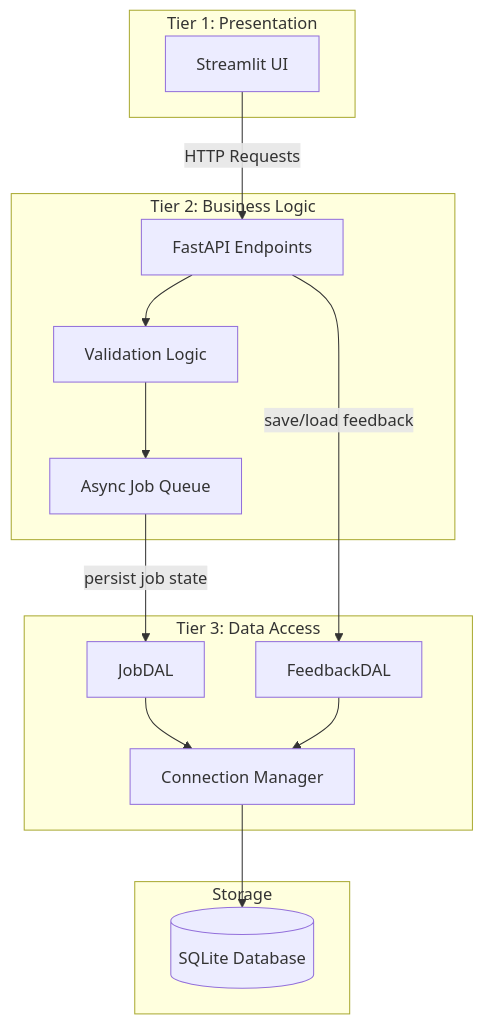
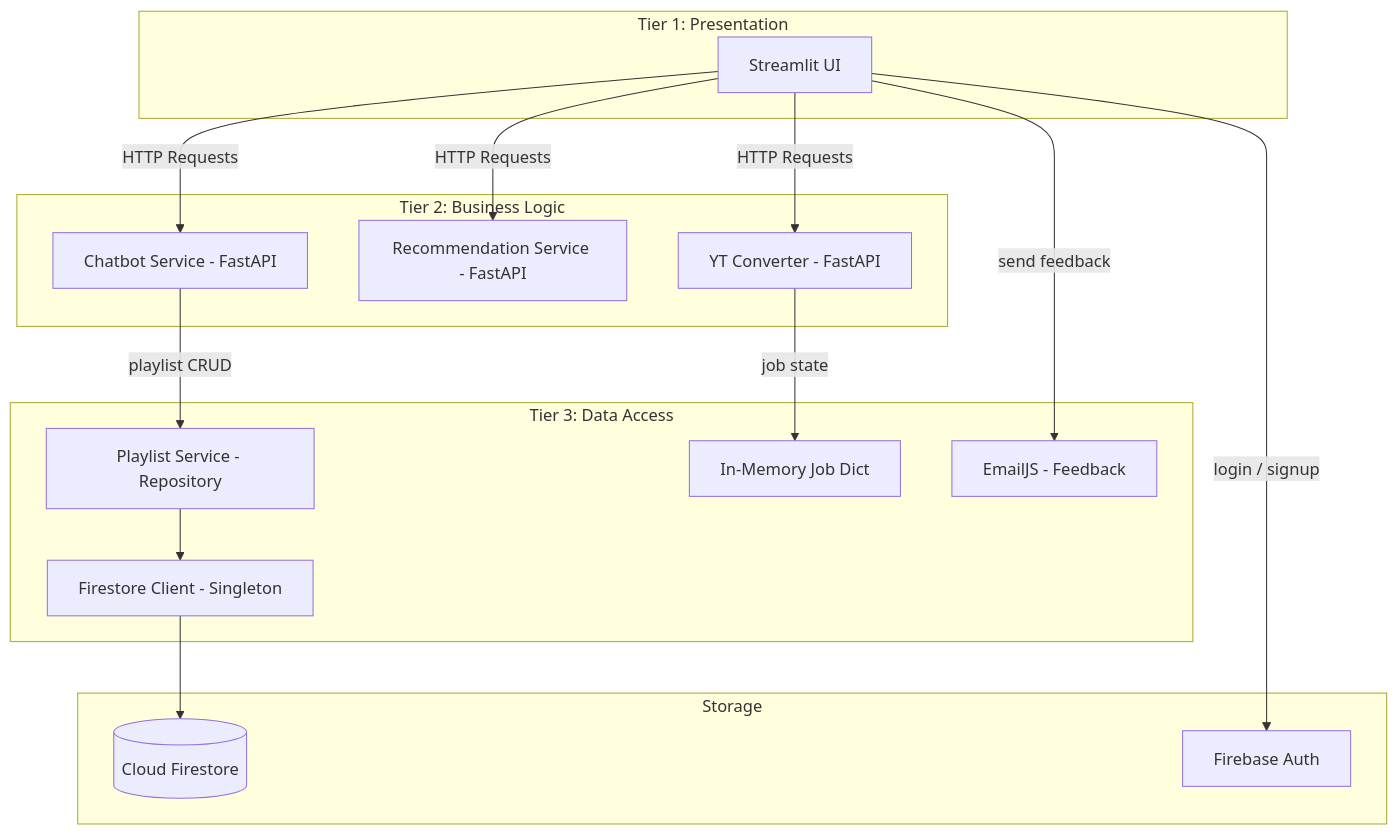
Before and after one commit to ShouryaAswal/SunLeo: the diagram in docs/dal/dal_theory.md, drawn with Mermaid. The commit also changed other lines of this file and 6 other files, not shown here.

````diff
--- a/docs/dal/dal_theory.md
+++ b/docs/dal/dal_theory.md
@@ -122,31 +174,34 @@
 ```mermaid
 graph TB
     subgraph Tier1["Tier 1: Presentation"]
         ST[Streamlit UI]
     end
 
     subgraph Tier2["Tier 2: Business Logic"]
-        FA[FastAPI Endpoints]
-        VL[Validation Logic]
-        AQ[Async Job Queue]
+        CB[Chatbot Service - FastAPI]
+        RC[Recommendation Service - FastAPI]
+        YT[YT Converter - FastAPI]
     end
 
     subgraph Tier3["Tier 3: Data Access"]
-        JD[JobDAL]
-        FD[FeedbackDAL]
-        CO[Connection Manager]
+        FC[Firestore Client - Singleton]
+        PS[Playlist Service - Repository]
+        IM[In-Memory Job Dict]
+        EJ[EmailJS - Feedback]
     end
 
     subgraph Storage["Storage"]
-        DB[(SQLite Database)]
+        FS[(Cloud Firestore)]
+        FA[Firebase Auth]
     end
 
-    ST -->|HTTP Requests| FA
-    FA --> VL
-    VL --> AQ
-    AQ -->|persist job state| JD
-    FA -->|save/load feedback| FD
-    JD --> CO
-    FD --> CO
-    CO --> DB
+    ST -->|HTTP Requests| CB
+    ST -->|HTTP Requests| RC
+    ST -->|HTTP Requests| YT
+    CB -->|playlist CRUD| PS
+    PS --> FC
+    FC --> FS
+    ST -->|login / signup| FA
+    YT -->|job state| IM
+    ST -->|send feedback| EJ
 ```
````
